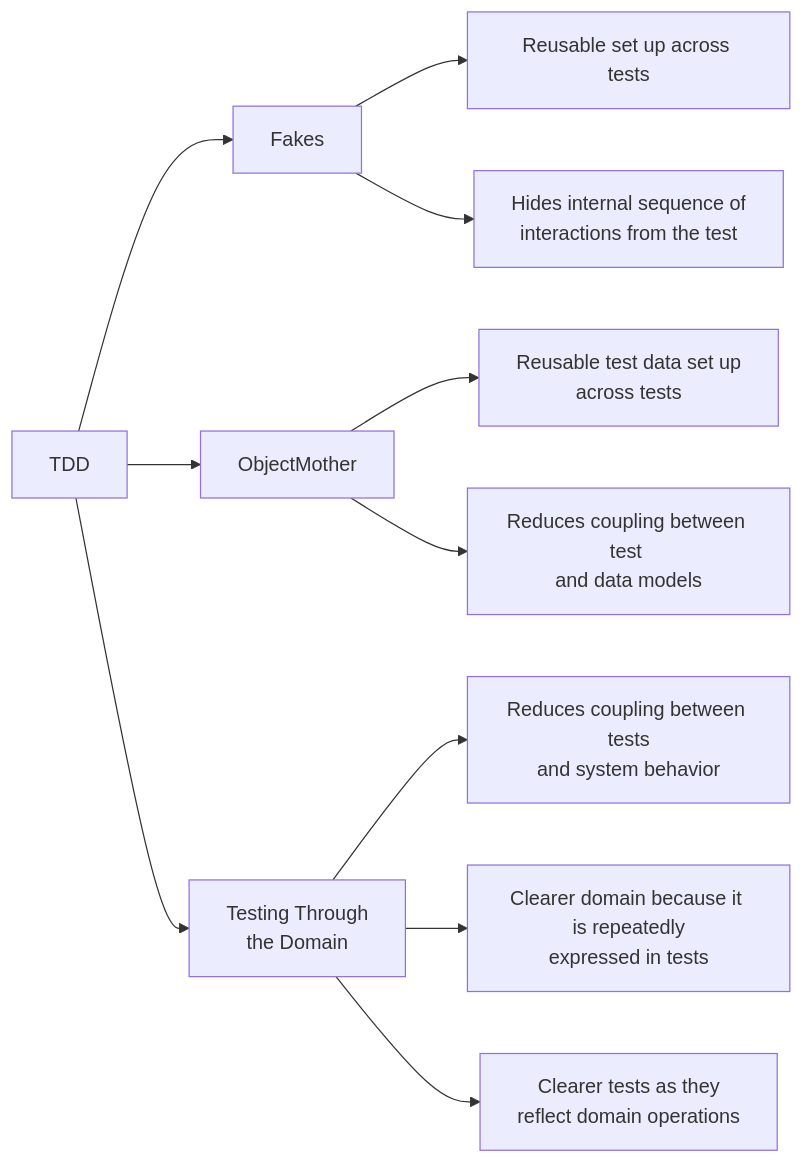
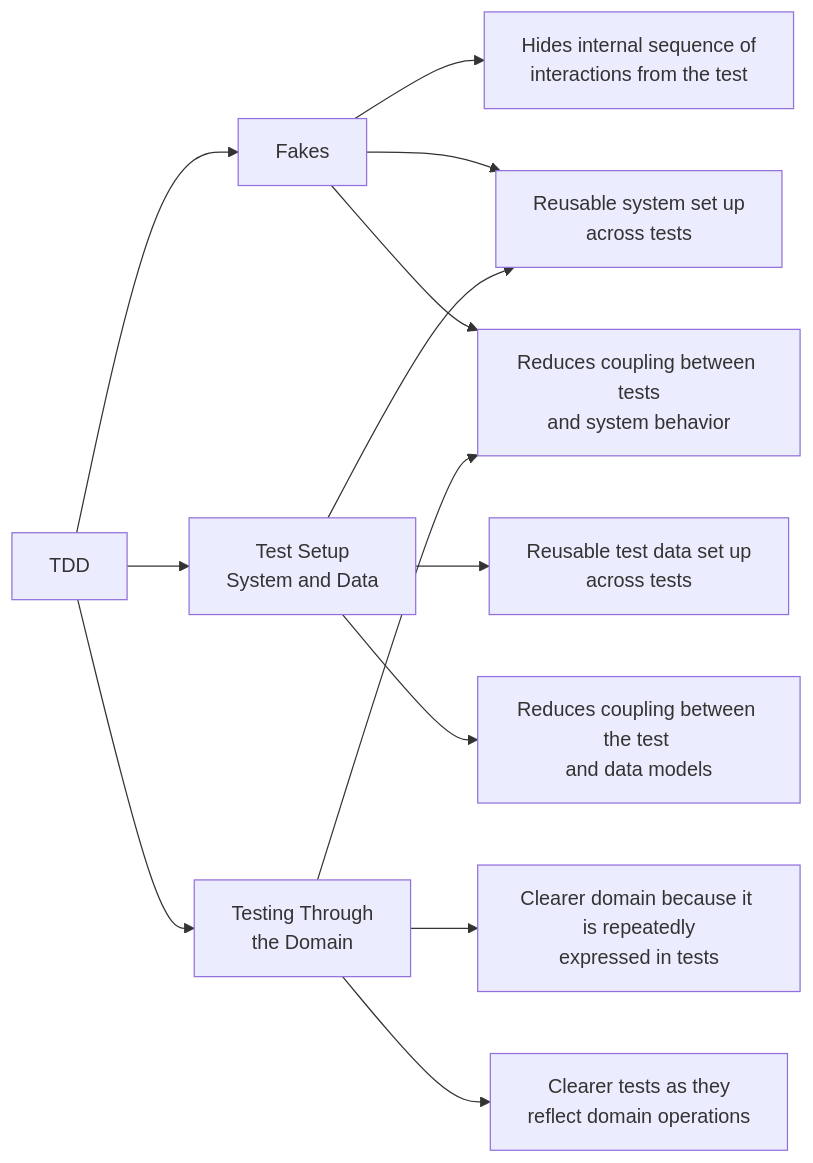
One commit to anderssv/the-example changed the diagram in doc/tdd.md. Above: the diagram before and after it, drawn with Mermaid.

Commit message:
Updated model a bit

````diff
--- a/doc/tdd.md
+++ b/doc/tdd.md
@@ -44,22 +44,25 @@
 ```mermaid
 flowchart LR
     TTTD[Testing Through<br/>the Domain]
-    ReusableTestSetup[Reusable set up across tests]
+    TestSetup[Test Setup<br/>System and Data]
+    ReusableTestSetup[Reusable system set up<br/> across tests]
     SequenceIsolation[Hides internal sequence of<br/> interactions from the test]
     ReusableTestData[Reusable test data set up<br/>across tests]
-    ReducedCouplingData[Reduces coupling between test <br/>and data models]
+    ReducedCouplingData[Reduces coupling between the test <br/>and data models]
     ReducedCouplingBehaviour[Reduces coupling between tests<br/>and system behavior]
     ClarityDomain[Clearer domain because it is repeatedly<br/>expressed in tests]
     ClarityTests[Clearer tests as they<br/>reflect domain operations]
     
     TDD --> Fakes
-    TDD --> ObjectMother
+    TDD --> TestSetup
     TDD --> TTTD
+    Fakes --> SequenceIsolation
     Fakes --> ReusableTestSetup
-    Fakes --> SequenceIsolation
-    ObjectMother --> ReusableTestData
-    ObjectMother --> ReducedCouplingData
+    Fakes --> ReducedCouplingBehaviour
+    TestSetup --> ReusableTestData
+    TestSetup --> ReducedCouplingData
+    TestSetup --> ReusableTestSetup
     TTTD --> ReducedCouplingBehaviour
     TTTD --> ClarityDomain
     TTTD --> ClarityTests
 ```
````
